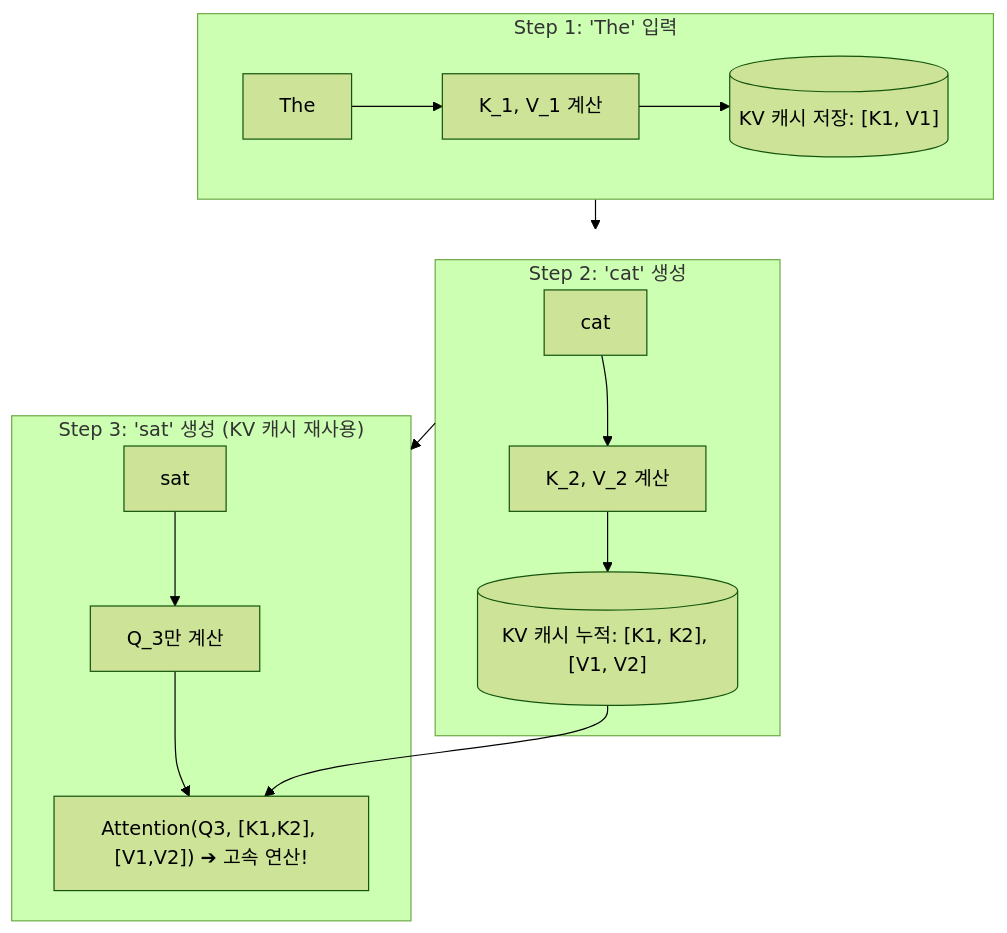
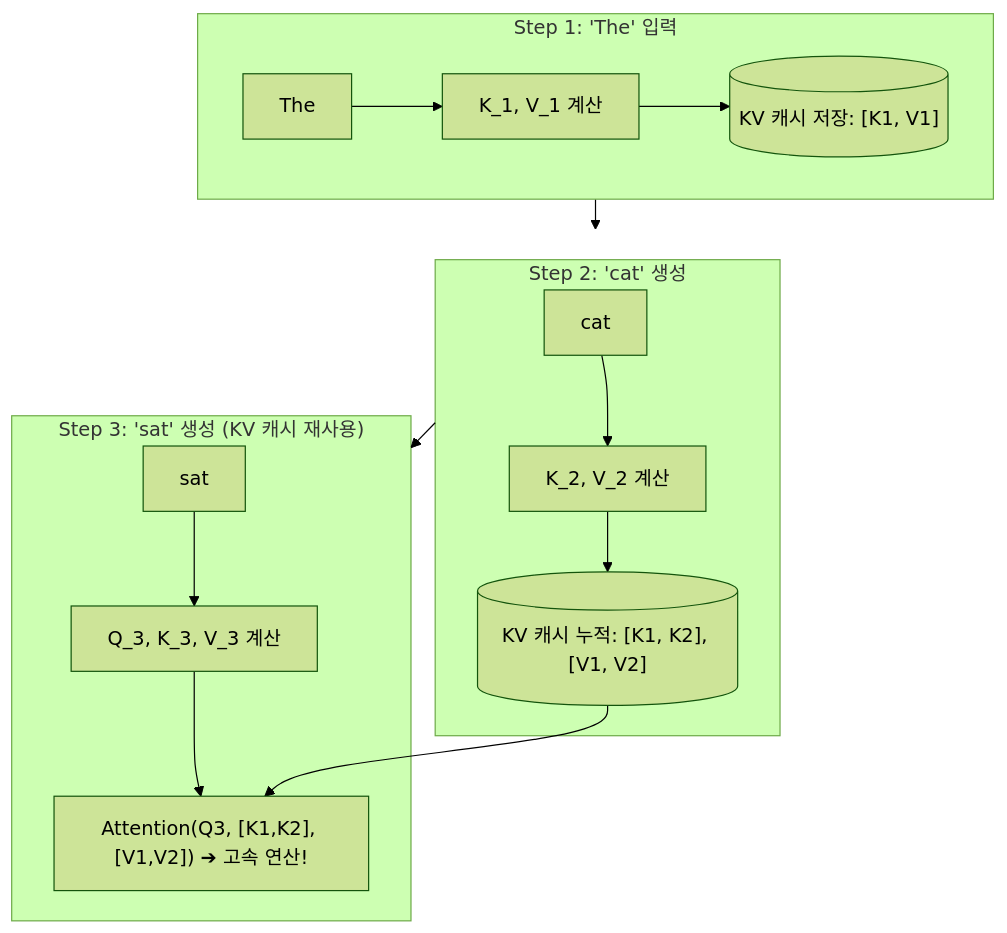
Before and after one commit to sing-u8/AI-Engineering: the first of 4 diagrams in chapter-qa/ch09-inference-optimization-qa/02-kv-cache-flashattention-and-batching.md, drawn with Mermaid (forest theme). The commit also changed other lines of this file and 3 other files, not shown here.

````diff
--- a/chapter-qa/ch09-inference-optimization-qa/02-kv-cache-flashattention-and-batching.md
+++ b/chapter-qa/ch09-inference-optimization-qa/02-kv-cache-flashattention-and-batching.md
@@ -42,14 +44,14 @@
 ```mermaid
 flowchart TD
     subgraph Step1["Step 1: 'The' 입력"]
         T1["The"] --> K1["K_1, V_1 계산"] --> Store1[("KV 캐시 저장: [K1, V1]")]
     end
     subgraph Step2["Step 2: 'cat' 생성"]
         T2["cat"] --> K2["K_2, V_2 계산"] --> Store2[("KV 캐시 누적: [K1, K2], [V1, V2]")]
     end
     subgraph Step3["Step 3: 'sat' 생성 (KV 캐시 재사용)"]
-        T3["sat"] --> Q3["Q_3만 계산"]
+        T3["sat"] --> Q3["Q_3, K_3, V_3 계산"]
         Q3 & Store2 --> Attn["Attention(Q3, [K1,K2], [V1,V2]) ➔ 고속 연산!"]
     end
     Step1 --> Step2 --> Step3
 ```
````
